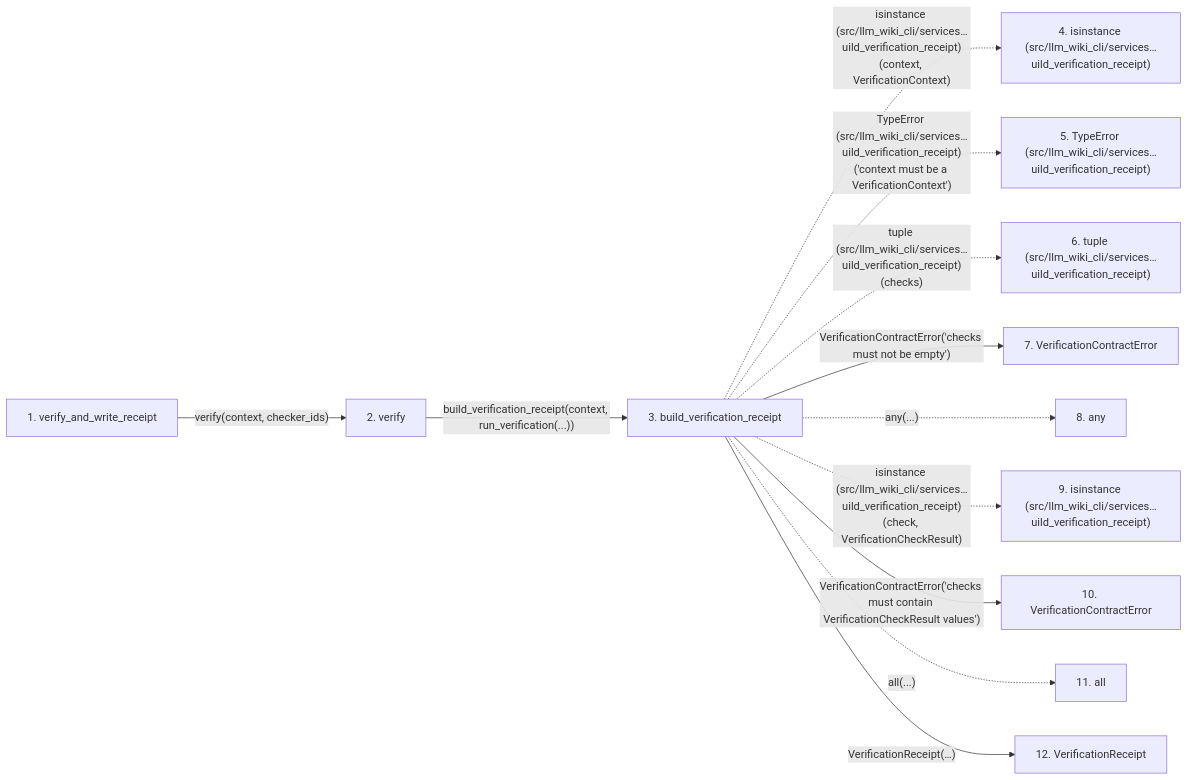
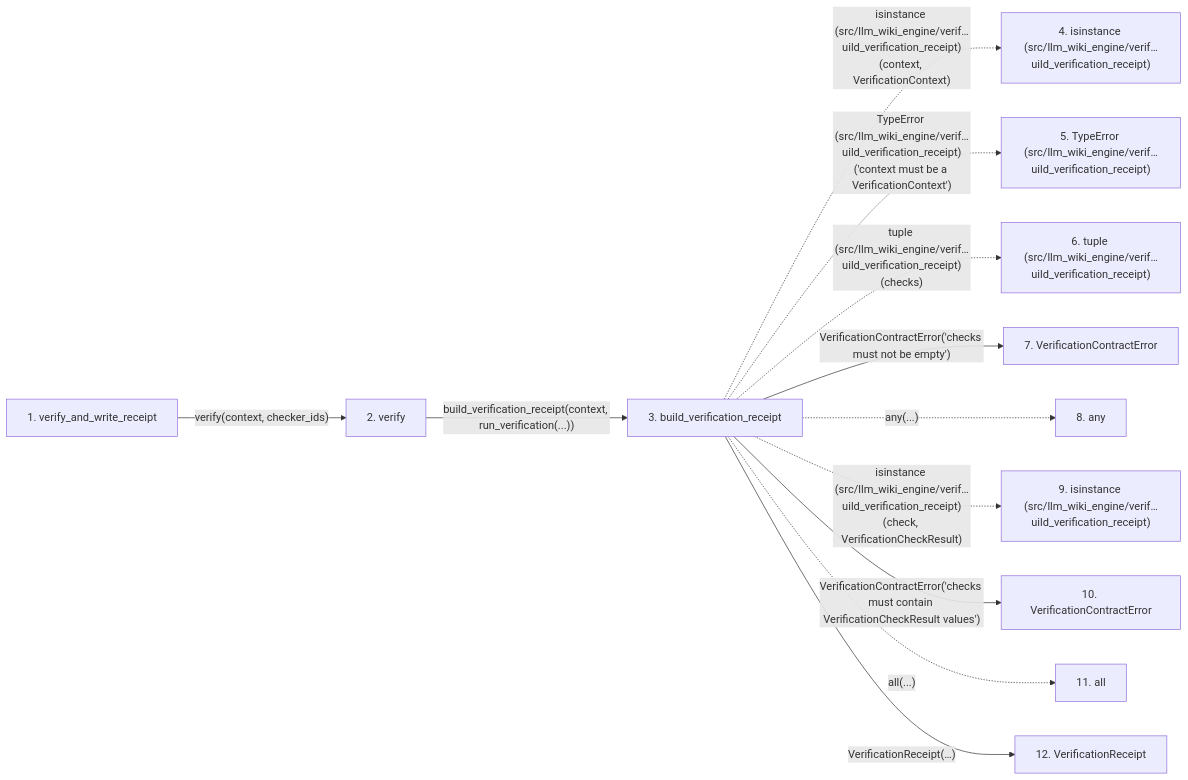
One commit to Denissvgn/python-wiki-llm changed the second of 2 diagrams in docs/llm_wiki/flows/api-verify_and_write_receipt.md. Above: the diagram before and after it, drawn with Mermaid. The commit also changed other lines of this file and 1058 other files, not shown here.

````diff
--- a/docs/llm_wiki/flows/api-verify_and_write_receipt.md
+++ b/docs/llm_wiki/flows/api-verify_and_write_receipt.md
@@ -139,32 +139,32 @@
 ```mermaid
 flowchart LR
     s1["1. verify_and_write_receipt"]
     s2["2. verify"]
     s3["3. build_verification_receipt"]
-    s4["4. isinstance (src/llm_wiki_cli/services…uild_verification_receipt)"]
-    s5["5. TypeError (src/llm_wiki_cli/services…uild_verification_receipt)"]
-    s6["6. tuple (src/llm_wiki_cli/services…uild_verification_receipt)"]
+    s4["4. isinstance (src/llm_wiki_engine/verif…uild_verification_receipt)"]
+    s5["5. TypeError (src/llm_wiki_engine/verif…uild_verification_receipt)"]
+    s6["6. tuple (src/llm_wiki_engine/verif…uild_verification_receipt)"]
     s7["7. VerificationContractError"]
     s8["8. any"]
-    s9["9. isinstance (src/llm_wiki_cli/services…uild_verification_receipt)"]
+    s9["9. isinstance (src/llm_wiki_engine/verif…uild_verification_receipt)"]
     s10["10. VerificationContractError"]
     s11["11. all"]
     s12["12. VerificationReceipt"]
     s1 -->|"verify(context, checker_ids)"| s2
     s2 -->|"build_verification_receipt(context, run_verification(...))"| s3
-    s3 -. "isinstance (src/llm_wiki_cli/services…uild_verification_receipt)(context, VerificationContext)" .-> s4
-    s3 -. "TypeError (src/llm_wiki_cli/services…uild_verification_receipt)('context must be a VerificationContext')" .-> s5
-    s3 -. "tuple (src/llm_wiki_cli/services…uild_verification_receipt)(checks)" .-> s6
+    s3 -. "isinstance (src/llm_wiki_engine/verif…uild_verification_receipt)(context, VerificationContext)" .-> s4
+    s3 -. "TypeError (src/llm_wiki_engine/verif…uild_verification_receipt)('context must be a VerificationContext')" .-> s5
+    s3 -. "tuple (src/llm_wiki_engine/verif…uild_verification_receipt)(checks)" .-> s6
     s3 -->|"VerificationContractError('checks must not be empty')"| s7
     s3 -. "any(...)" .-> s8
-    s3 -. "isinstance (src/llm_wiki_cli/services…uild_verification_receipt)(check, VerificationCheckResult)" .-> s9
+    s3 -. "isinstance (src/llm_wiki_engine/verif…uild_verification_receipt)(check, VerificationCheckResult)" .-> s9
     s3 -->|"VerificationContractError('checks must contain VerificationCheckResult values')"| s10
     s3 -. "all(...)" .-> s11
     s3 -->|"VerificationReceipt(…)"| s12
     click s1 "../modules/verification_contracts.md"
     click s2 "../modules/verification_contracts.md"
     click s3 "../modules/verification_contracts.md"
     click s7 "../modules/verification_contracts.md"
     click s10 "../modules/verification_contracts.md"
     click s12 "../modules/verification_contracts.md"
 ```
````
